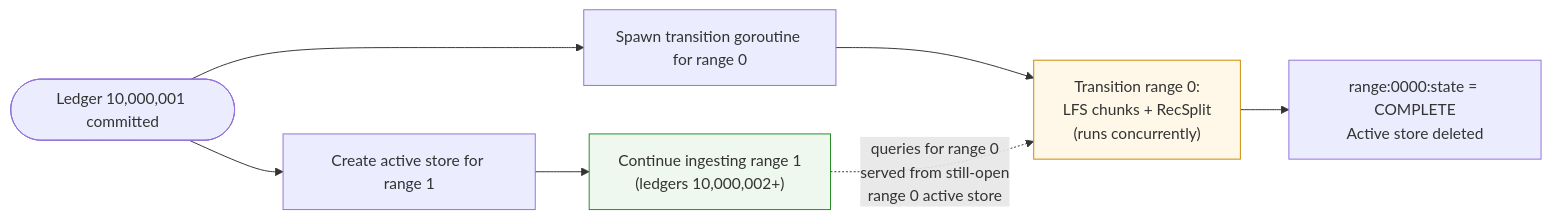
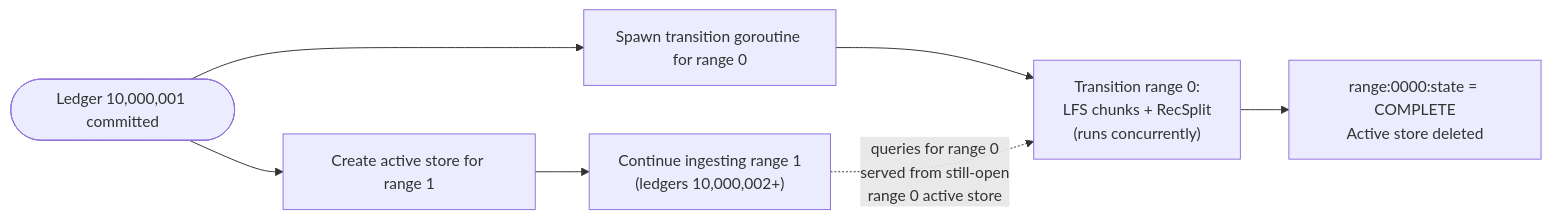
One commit to karthikiyer56/stellar-full-history-ingestion changed the second of 2 diagrams in design-docs-v2/06-streaming-transition-workflow.md. Above: the diagram before and after it, drawn with Mermaid. The commit also changed other lines of this file and 17 other files, not shown here.

````diff
--- a/design-docs-v2/06-streaming-transition-workflow.md
+++ b/design-docs-v2/06-streaming-transition-workflow.md
@@ -179,12 +189,9 @@
 ```mermaid
 flowchart LR
-    classDef ingest fill:#eef8ee,stroke:#228b22
-    classDef trans fill:#fff8e8,stroke:#cc8800
-
     T0(["Ledger 10,000,001 committed"]) --> SPAWN["Spawn transition goroutine for range 0"]
     T0 --> NEWSTORE["Create active store for range 1"]
-    NEWSTORE --> INGEST1["Continue ingesting range 1<br/>(ledgers 10,000,002+)"]:::ingest
-    SPAWN --> TRANS0["Transition range 0:<br/>LFS chunks + RecSplit<br/>(runs concurrently)"]:::trans
+    NEWSTORE --> INGEST1["Continue ingesting range 1<br/>(ledgers 10,000,002+)"]
+    SPAWN --> TRANS0["Transition range 0:<br/>LFS chunks + RecSplit<br/>(runs concurrently)"]
     INGEST1 -.->|"queries for range 0<br/>served from still-open<br/>range 0 active store"| TRANS0
     TRANS0 --> COMPLETE["range:0000:state = COMPLETE<br/>Active store deleted"]
 ```
````
